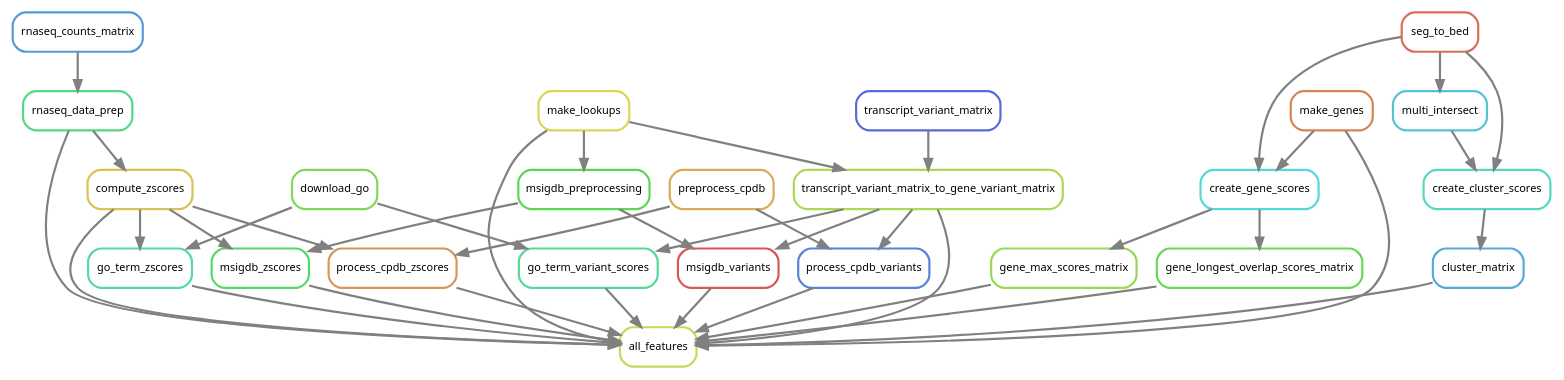
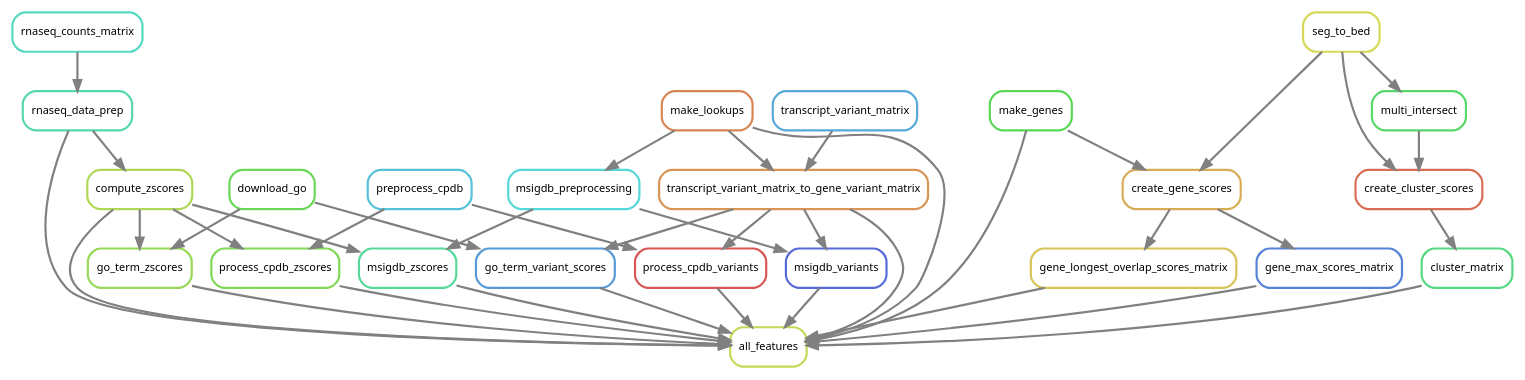
One commit to NCBI-Hackathons/Pharmacogenomics_Prediction_Pipeline_P3 changed the diagram in doc/source/images/all.dot. Above: the diagram before and after it, drawn with Graphviz. The commit also changed 28 other files, not shown here.

```diff
--- a/doc/source/images/all.dot
+++ b/doc/source/images/all.dot
@@ -1,68 +1,68 @@
 digraph snakemake_dag {
     graph[bgcolor=white, margin=0];
     node[shape=box, style=rounded, fontname=sans,                 fontsize=10, penwidth=2];
     edge[penwidth=2, color=grey];
-	0[label = "msigdb_preprocessing", color = "0.33 0.6 0.85", style="rounded"];
-	1[label = "msigdb_zscores", color = "0.36 0.6 0.85", style="rounded"];
-	2[label = "rnaseq_data_prep", color = "0.39 0.6 0.85", style="rounded"];
-	3[label = "go_term_variant_scores", color = "0.42 0.6 0.85", style="rounded"];
-	4[label = "go_term_zscores", color = "0.44 0.6 0.85", style="rounded"];
-	5[label = "create_cluster_scores", color = "0.47 0.6 0.85", style="rounded"];
-	6[label = "msigdb_variants", color = "0.00 0.6 0.85", style="rounded"];
-	7[label = "seg_to_bed", color = "0.03 0.6 0.85", style="rounded"];
-	8[label = "transcript_variant_matrix", color = "0.64 0.6 0.85", style="rounded"];
-	9[label = "create_gene_scores", color = "0.50 0.6 0.85", style="rounded"];
-	10[label = "multi_intersect", color = "0.53 0.6 0.85", style="rounded"];
-	11[label = "cluster_matrix", color = "0.56 0.6 0.85", style="rounded"];
-	12[label = "process_cpdb_zscores", color = "0.08 0.6 0.85", style="rounded"];
-	13[label = "preprocess_cpdb", color = "0.11 0.6 0.85", style="rounded"];
-	14[label = "compute_zscores", color = "0.14 0.6 0.85", style="rounded"];
-	15[label = "process_cpdb_variants", color = "0.61 0.6 0.85", style="rounded"];
-	16[label = "make_genes", color = "0.06 0.6 0.85", style="rounded"];
-	17[label = "make_lookups", color = "0.17 0.6 0.85", style="rounded"];
-	18[label = "all_features", color = "0.19 0.6 0.85", style="rounded"];
-	19[label = "transcript_variant_matrix_to_gene_variant_matrix", color = "0.22 0.6 0.85", style="rounded"];
-	20[label = "gene_max_scores_matrix", color = "0.25 0.6 0.85", style="rounded"];
-	21[label = "download_go", color = "0.28 0.6 0.85", style="rounded"];
-	22[label = "gene_longest_overlap_scores_matrix", color = "0.31 0.6 0.85", style="rounded"];
-	23[label = "rnaseq_counts_matrix", color = "0.58 0.6 0.85", style="rounded"];
-	17 -> 0
-	0 -> 1
-	14 -> 1
-	23 -> 2
-	21 -> 3
-	19 -> 3
-	21 -> 4
-	14 -> 4
-	7 -> 5
-	10 -> 5
-	0 -> 6
-	19 -> 6
-	7 -> 9
-	16 -> 9
-	7 -> 10
-	5 -> 11
-	13 -> 12
-	14 -> 12
-	2 -> 14
-	13 -> 15
-	19 -> 15
-	1 -> 18
-	11 -> 18
-	2 -> 18
-	3 -> 18
-	12 -> 18
-	4 -> 18
-	14 -> 18
-	6 -> 18
-	15 -> 18
-	17 -> 18
-	19 -> 18
-	20 -> 18
-	22 -> 18
-	16 -> 18
-	8 -> 19
-	17 -> 19
-	9 -> 20
-	9 -> 22
+	0[label = "make_genes", color = "0.33 0.6 0.85", style="rounded"];
+	1[label = "process_cpdb_variants", color = "0.00 0.6 0.85", style="rounded"];
+	2[label = "create_cluster_scores", color = "0.03 0.6 0.85", style="rounded"];
+	3[label = "multi_intersect", color = "0.36 0.6 0.85", style="rounded"];
+	4[label = "cluster_matrix", color = "0.39 0.6 0.85", style="rounded"];
+	5[label = "transcript_variant_matrix_to_gene_variant_matrix", color = "0.08 0.6 0.85", style="rounded"];
+	6[label = "compute_zscores", color = "0.22 0.6 0.85", style="rounded"];
+	7[label = "msigdb_zscores", color = "0.42 0.6 0.85", style="rounded"];
+	8[label = "create_gene_scores", color = "0.11 0.6 0.85", style="rounded"];
+	9[label = "rnaseq_data_prep", color = "0.44 0.6 0.85", style="rounded"];
+	10[label = "rnaseq_counts_matrix", color = "0.47 0.6 0.85", style="rounded"];
+	11[label = "msigdb_preprocessing", color = "0.50 0.6 0.85", style="rounded"];
+	12[label = "seg_to_bed", color = "0.17 0.6 0.85", style="rounded"];
+	13[label = "preprocess_cpdb", color = "0.53 0.6 0.85", style="rounded"];
+	14[label = "gene_longest_overlap_scores_matrix", color = "0.14 0.6 0.85", style="rounded"];
+	15[label = "transcript_variant_matrix", color = "0.56 0.6 0.85", style="rounded"];
+	16[label = "all_features", color = "0.19 0.6 0.85", style="rounded"];
+	17[label = "go_term_zscores", color = "0.25 0.6 0.85", style="rounded"];
+	18[label = "go_term_variant_scores", color = "0.58 0.6 0.85", style="rounded"];
+	19[label = "process_cpdb_zscores", color = "0.28 0.6 0.85", style="rounded"];
+	20[label = "gene_max_scores_matrix", color = "0.61 0.6 0.85", style="rounded"];
+	21[label = "download_go", color = "0.31 0.6 0.85", style="rounded"];
+	22[label = "msigdb_variants", color = "0.64 0.6 0.85", style="rounded"];
+	23[label = "make_lookups", color = "0.06 0.6 0.85", style="rounded"];
+	5 -> 1
+	13 -> 1
+	3 -> 2
+	12 -> 2
+	12 -> 3
+	2 -> 4
+	23 -> 5
+	15 -> 5
+	9 -> 6
+	11 -> 7
+	6 -> 7
+	0 -> 8
+	12 -> 8
+	10 -> 9
+	23 -> 11
+	8 -> 14
+	0 -> 16
+	14 -> 16
+	1 -> 16
+	23 -> 16
+	4 -> 16
+	6 -> 16
+	17 -> 16
+	5 -> 16
+	18 -> 16
+	19 -> 16
+	20 -> 16
+	22 -> 16
+	7 -> 16
+	9 -> 16
+	21 -> 17
+	6 -> 17
+	21 -> 18
+	5 -> 18
+	13 -> 19
+	6 -> 19
+	8 -> 20
+	11 -> 22
+	5 -> 22
 }            
```
